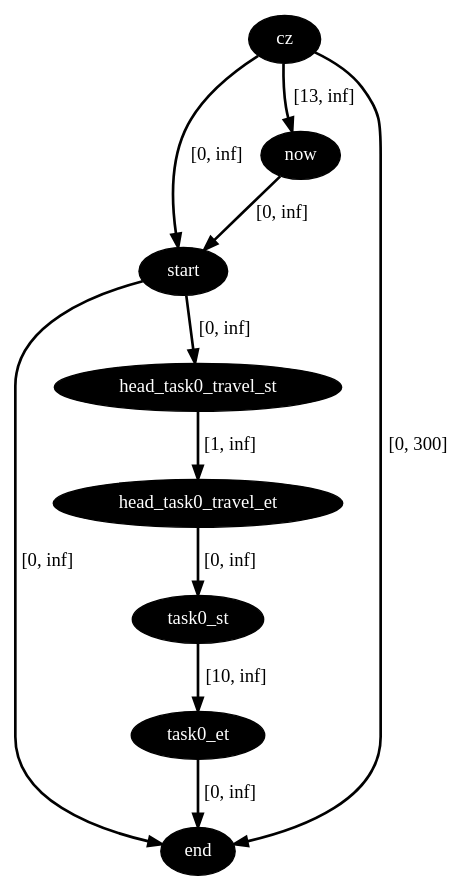
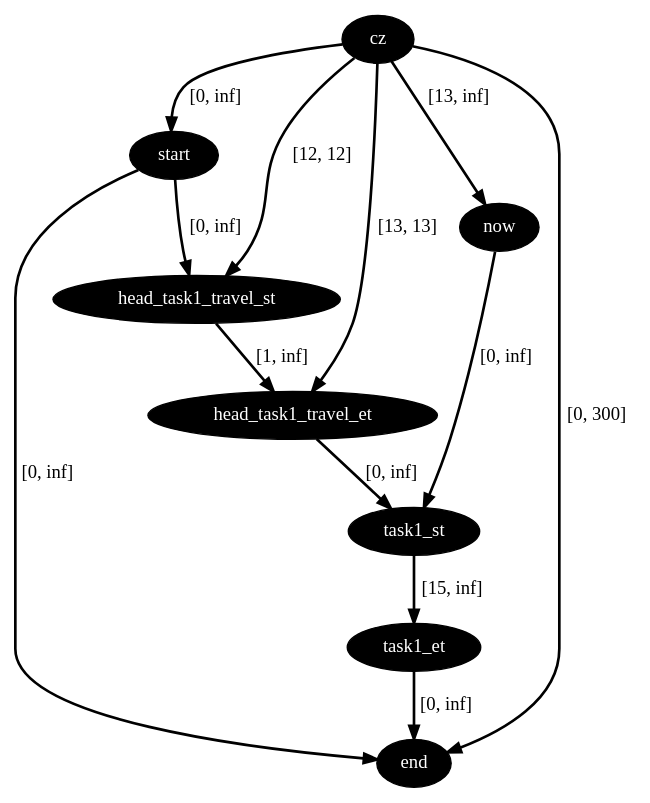
Before and after one commit to gkasha/maae: the diagram in data/dot_files/agent_stn_0_t_13.dot, drawn with Graphviz. The commit also changed 477 other files, not shown here.

```diff
--- a/data/dot_files/agent_stn_0_t_13.dot
+++ b/data/dot_files/agent_stn_0_t_13.dot
@@ -1,20 +1,22 @@
 digraph plan {
 0[label="cz",style=filled,fillcolor=black,fontcolor=white];
 1[label="start",style=filled,fillcolor=black,fontcolor=white];
 2[label="now",style=filled,fillcolor=black,fontcolor=white];
 3[label="end",style=filled,fillcolor=black,fontcolor=white];
-6[label="head_task0_travel_st",style=filled,fillcolor=black,fontcolor=white];
-7[label="head_task0_travel_et",style=filled,fillcolor=black,fontcolor=white];
-8[label="task0_st",style=filled,fillcolor=black,fontcolor=white];
-9[label="task0_et",style=filled,fillcolor=black,fontcolor=white];
+6[label="head_task1_travel_st",style=filled,fillcolor=black,fontcolor=white];
+7[label="head_task1_travel_et",style=filled,fillcolor=black,fontcolor=white];
+8[label="task1_st",style=filled,fillcolor=black,fontcolor=white];
+9[label="task1_et",style=filled,fillcolor=black,fontcolor=white];
 "0"->"1"[label="[0, inf]",penwidth=2,color=black];
 "0"->"3"[label="[0, 300]",penwidth=2,color=black];
 "6"->"7"[label="[1, inf]",penwidth=2,color=black];
+"0"->"7"[label="[13, 13]",penwidth=2,color=black];
 "1"->"6"[label="[0, inf]",penwidth=2,color=black];
+"0"->"6"[label="[12, 12]",penwidth=2,color=black];
 "0"->"2"[label="[13, inf]",penwidth=2,color=black];
-"2"->"1"[label="[0, inf]",penwidth=2,color=black];
+"2"->"8"[label="[0, inf]",penwidth=2,color=black];
 "1"->"3"[label="[0, inf]",penwidth=2,color=black];
 "9"->"3"[label="[0, inf]",penwidth=2,color=black];
-"8"->"9"[label="[10, inf]",penwidth=2,color=black];
+"8"->"9"[label="[15, inf]",penwidth=2,color=black];
 "7"->"8"[label="[0, inf]",penwidth=2,color=black];
 }
```
